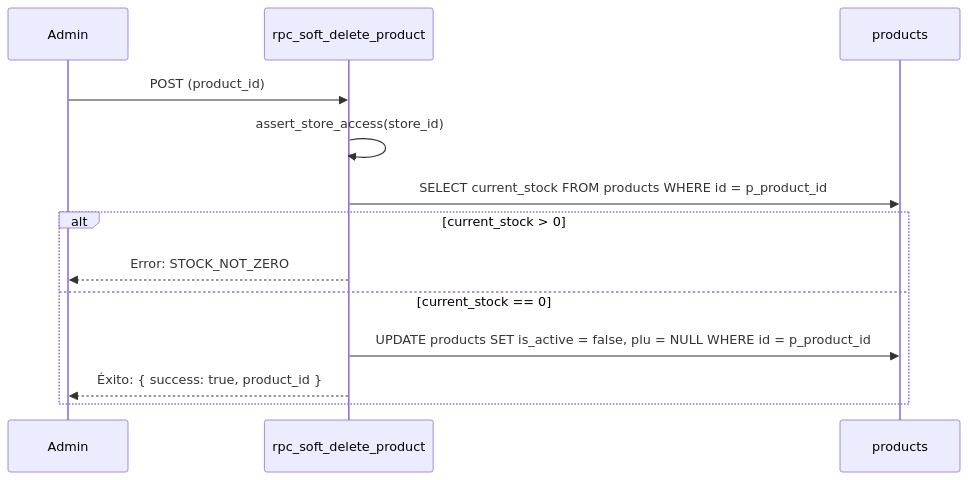
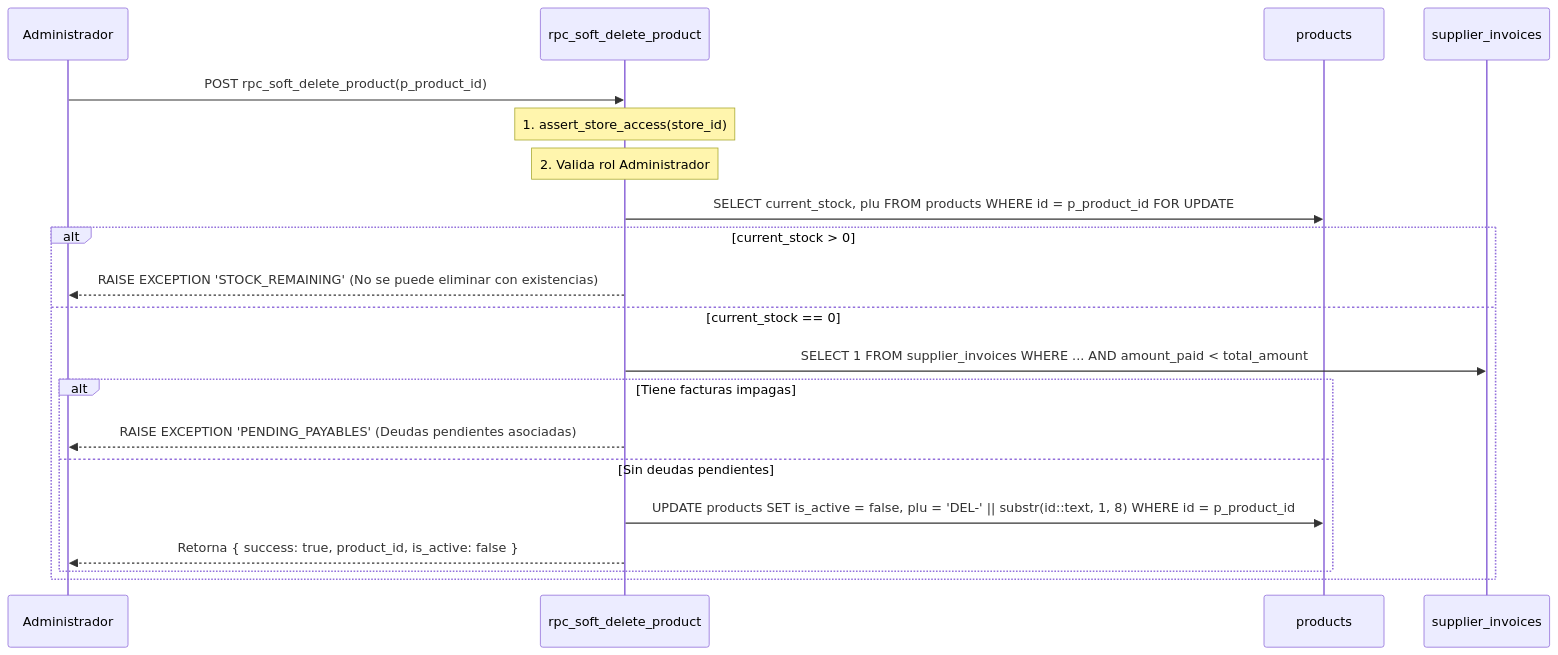
The third of 5 diagrams in documentation/01_requirements/SDD/SDD_006_NUCLEO_INVENTARIO_PADRE.md (YamirJCF/tienda-barrio-pro), drawn with Mermaid before and after one commit. The commit also changed other lines of this file, not shown here.

Commit message:
docs(sdd): rectificar y sanitizar SDD-006 bajo protocolo PAC-SDD estricto con certificacion QA

````diff
--- a/documentation/01_requirements/SDD/SDD_006_NUCLEO_INVENTARIO_PADRE.md
+++ b/documentation/01_requirements/SDD/SDD_006_NUCLEO_INVENTARIO_PADRE.md
@@ -80,16 +105,23 @@
 ```mermaid
 sequenceDiagram
-    participant Admin
+    participant Admin as Administrador
     participant RPC as rpc_soft_delete_product
     participant P as products
+    participant SI as supplier_invoices
 
-    Admin->>RPC: POST (product_id)
-    RPC->>RPC: assert_store_access(store_id)
-    RPC->>P: SELECT current_stock FROM products WHERE id = p_product_id
+    Admin->>RPC: POST rpc_soft_delete_product(p_product_id)
+    Note over RPC: 1. assert_store_access(store_id)
+    Note over RPC: 2. Valida rol Administrador
+    RPC->>P: SELECT current_stock, plu FROM products WHERE id = p_product_id FOR UPDATE
     alt current_stock > 0
-        RPC-->>Admin: Error: STOCK_NOT_ZERO
+        RPC-->>Admin: RAISE EXCEPTION 'STOCK_REMAINING' (No se puede eliminar con existencias)
     else current_stock == 0
-        RPC->>P: UPDATE products SET is_active = false, plu = NULL WHERE id = p_product_id
-        RPC-->>Admin: Éxito: { success: true, product_id }
+        RPC->>SI: SELECT 1 FROM supplier_invoices WHERE ... AND amount_paid < total_amount
+        alt Tiene facturas impagas
+            RPC-->>Admin: RAISE EXCEPTION 'PENDING_PAYABLES' (Deudas pendientes asociadas)
+        else Sin deudas pendientes
+            RPC->>P: UPDATE products SET is_active = false, plu = 'DEL-' || substr(id::text, 1, 8) WHERE id = p_product_id
+            RPC-->>Admin: Retorna { success: true, product_id, is_active: false }
+        end
     end
 ```
````
